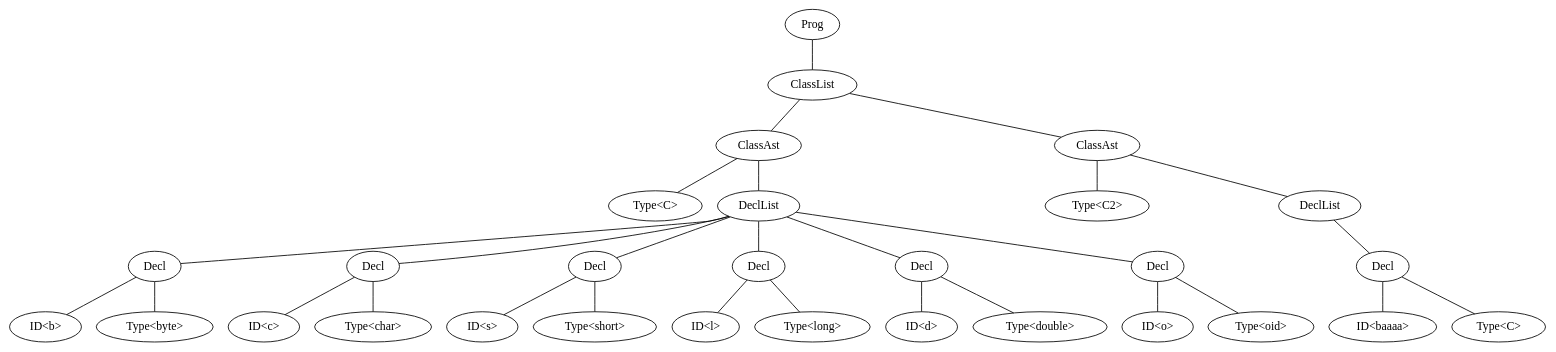
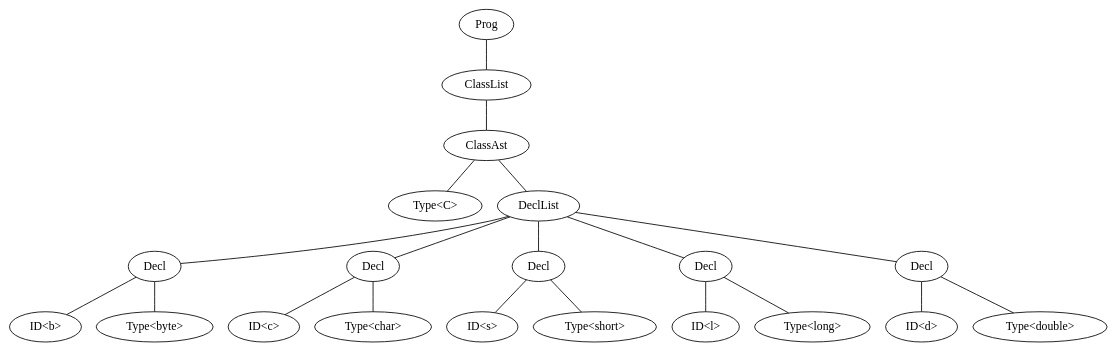
Before and after one commit to Patrick448/Hackathon-Rerum: the diagram in ast.dot, drawn with Graphviz. The commit also changed 8 other files, not shown here.

```diff
--- a/ast.dot
+++ b/ast.dot
@@ -1,59 +1,41 @@
 graph program {
-29 [label=Prog]
-29--21
-21 [label=ClassList]
-21--20
-20 [label= "ClassAst"]
-20--19
-19 [label="Type<C>"]
-20--3
+20 [label=Prog]
+20--18
+18 [label=ClassList]
+18--17
+17 [label= "ClassAst"]
+17--16
+16 [label="Type<C>"]
+17--3
 3 [label=DeclList]
 3--2
 2 [label="Decl"]
 2--1
 1 [label="ID<b>"]
 2--0
 0 [label="Type<byte>"]
 3--6
 6 [label="Decl"]
 6--5
 5 [label="ID<c>"]
 6--4
 4 [label="Type<char>"]
 3--9
 9 [label="Decl"]
 9--8
 8 [label="ID<s>"]
 9--7
 7 [label="Type<short>"]
 3--12
 12 [label="Decl"]
 12--11
 11 [label="ID<l>"]
 12--10
 10 [label="Type<long>"]
 3--15
 15 [label="Decl"]
 15--14
 14 [label="ID<d>"]
 15--13
 13 [label="Type<double>"]
-3--18
-18 [label="Decl"]
-18--17
-17 [label="ID<o>"]
-18--16
-16 [label="Type<oid>"]
-21--28
-28 [label= "ClassAst"]
-28--27
-27 [label="Type<C2>"]
-28--26
-26 [label=DeclList]
-26--25
-25 [label="Decl"]
-25--24
-24 [label="ID<baaaa>"]
-25--23
-23 [label="Type<C>"]
 }
```
